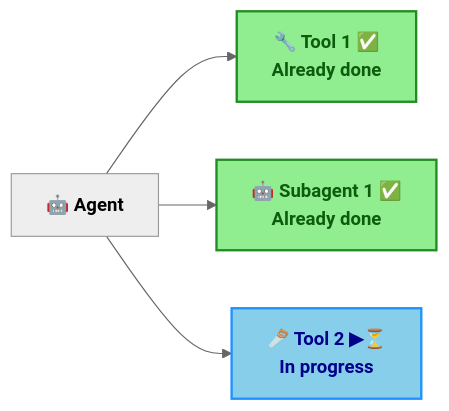
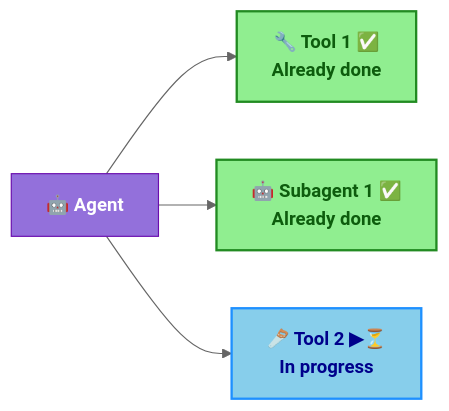
The second of 5 diagrams in mlops-south-bay-2026/slides.md (unionai-oss/conference-talks), drawn with Mermaid (neutral theme) before and after one commit. The commit also changed other lines of this file, not shown here.

````diff
--- a/mlops-south-bay-2026/slides.md
+++ b/mlops-south-bay-2026/slides.md
@@ -242,15 +247,16 @@
 ```mermaid {scale: 0.75}
 flowchart LR
   P["<strong>🤖 Agent</strong>"]
   T1["<strong>🔧 Tool 1 ✅<br>Already done</strong>"]
   T2["<strong>🤖 Subagent 1 ✅<br>Already done</strong>"]
   T3["<strong>🪚 Tool 2 ▶⏳<br>In progress</strong>"]
 
   P --> T1
   P --> T2
   P --> T3
 
+  style P fill:#9370DB,stroke:#6A0DAD,color:#fff
   style T1 fill:#90EE90,stroke:#228B22,stroke-width:2px,color:#0d5c0d
   style T2 fill:#90EE90,stroke:#228B22,stroke-width:2px,color:#0d5c0d
   style T3 fill:#87CEEB,stroke:#1E90FF,stroke-width:2px,color:#00008B
 ```
````
